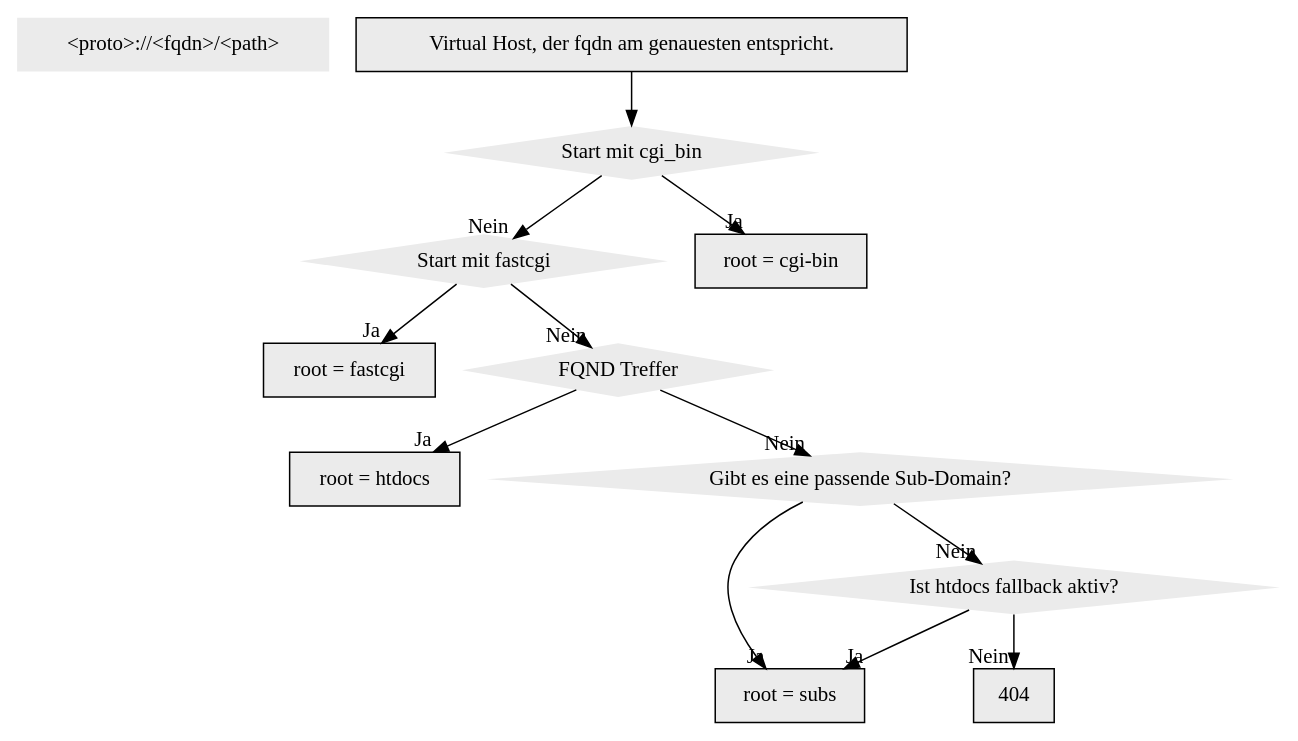
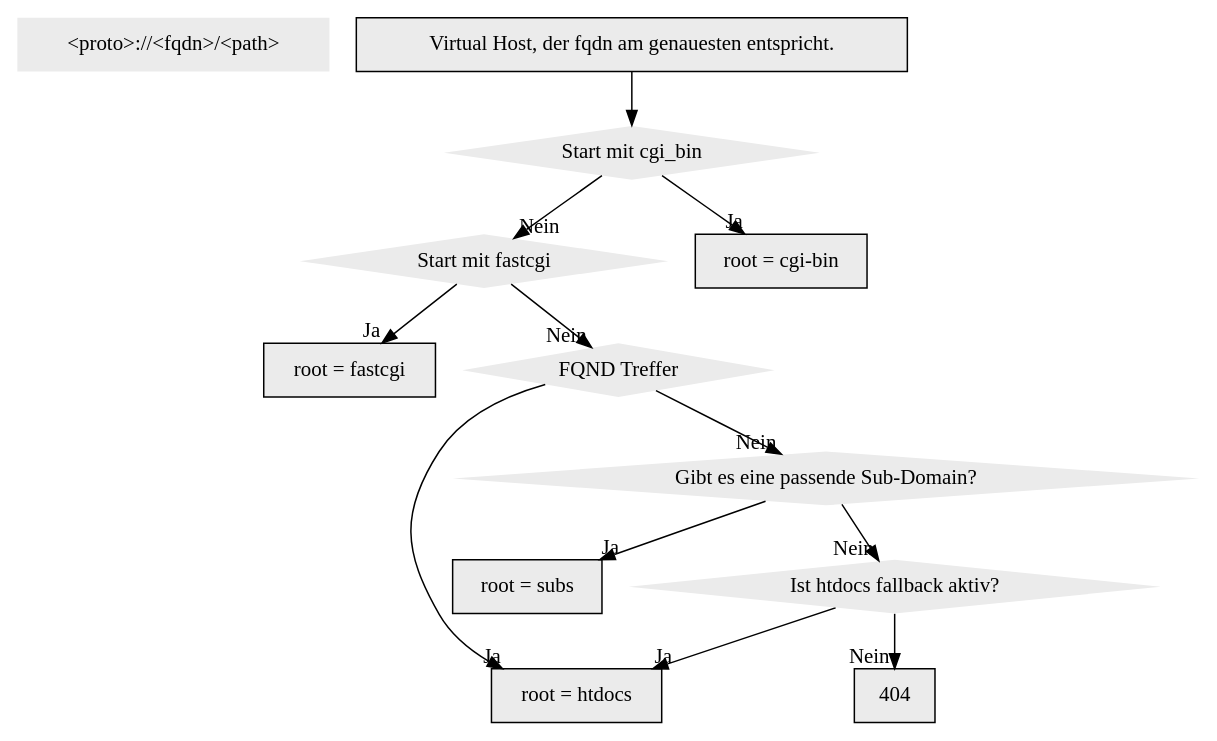
The diagram in source/administration/domain/filemap-ohne-ssl.dot (hostsharing/hs.docs.users), drawn with Graphviz before and after one commit.

Commit message:
change syntax

```diff
--- a/source/administration/domain/filemap-ohne-ssl.dot
+++ b/source/administration/domain/filemap-ohne-ssl.dot
@@ -1,30 +1,30 @@
 digraph d  { 
 	node [peripheries=0, style=filled, fillcolor="grey92", font=Helvetica, fontcolor=black]
 
 	enquire_information [shape=box, label="<proto>://<fqdn>/<path>" ]
 
 
     vh_check_fqdn [shape=record, label="Virtual Host, der fqdn am genauesten entspricht."]
 	path_cgi_bin [shape=diamond, label="Start mit cgi_bin"]
 	path_fastcgi [shape=diamond, label="Start mit fastcgi"]
 	root_cgi_bin [shape=record, label="root = cgi-bin"]
 	root_fastcgi [shape=record, label="root = fastcgi"]
 	fqdn_matches [shape=diamond, label="FQND Treffer"]
 	root_htdocs_ok [shape=record, label="root = htdocs"]
 	root_search_in_subs [shape=diamond, label="Gibt es eine passende Sub-Domain?"]
     root_subs_ok [shape=record, label="root = subs"]
 	htdocsfallback_subs [shape=diamond, label="Ist htdocs fallback aktiv?" ]
 	404 [shape=record, label="404"] 
         
 	vh_check_fqdn -> path_cgi_bin 
 	path_cgi_bin -> root_cgi_bin [headlabel="Ja"]
     path_cgi_bin -> path_fastcgi [headlabel="Nein"]   
 	path_fastcgi -> root_fastcgi [headlabel="Ja"]
 	path_fastcgi -> fqdn_matches [headlabel="Nein"] 
 	fqdn_matches -> root_htdocs_ok [headlabel="Ja"]
 	fqdn_matches -> root_search_in_subs [headlabel="Nein"]
 	root_search_in_subs -> root_subs_ok [headlabel="Ja"]
 	root_search_in_subs -> htdocsfallback_subs [headlabel="Nein"]
-	htdocsfallback_subs -> root_subs_ok [headlabel="Ja"]
+	htdocsfallback_subs -> root_htdocs_ok [headlabel="Ja"]
 	htdocsfallback_subs -> 404 [headlabel="Nein"]
 }
```
